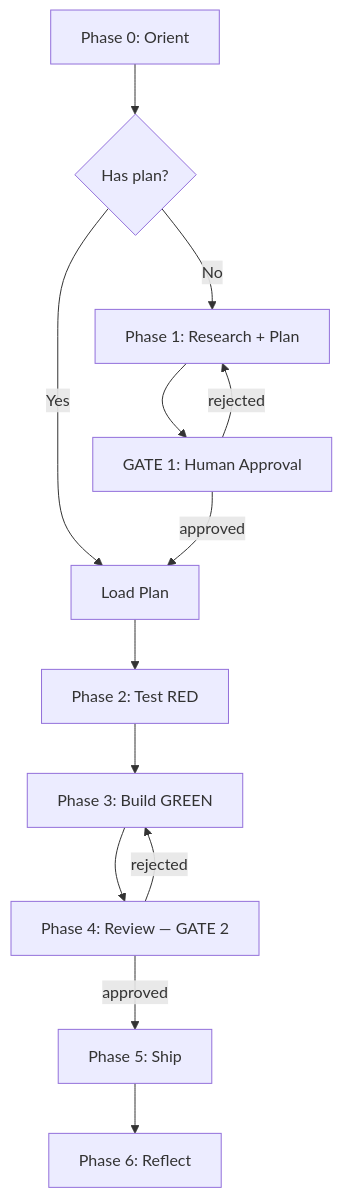
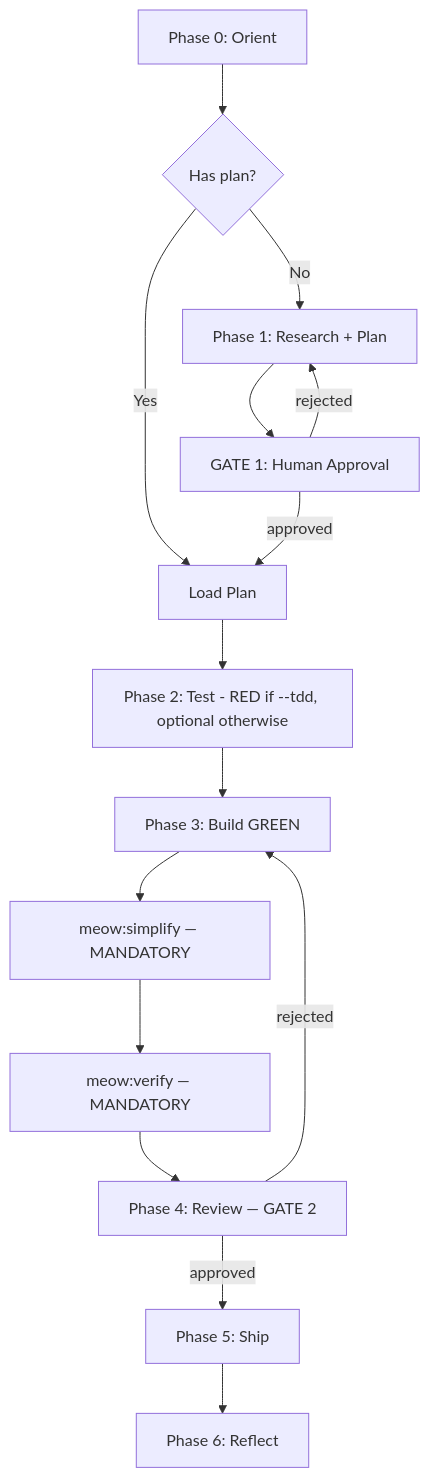
One commit to ngocsangyem/MeowKit changed the diagram in packages/create-meowkit/templates/claude/skills/meow:cook/SKILL.md. Above: the diagram before and after it, drawn with Mermaid. The commit also changed other lines of this file and 97 other files, not shown here.

Commit message:
feat: make TDD enforcement optional and configurable via flag or environment variable

````diff
--- a/packages/create-meowkit/templates/claude/skills/meow:cook/SKILL.md
+++ b/packages/create-meowkit/templates/claude/skills/meow:cook/SKILL.md
@@ -56,15 +70,17 @@
 ```mermaid
 flowchart TD
     A[Phase 0: Orient] --> B{Has plan?}
     B -->|Yes| D[Load Plan]
     B -->|No| C[Phase 1: Research + Plan]
     C --> G1[GATE 1: Human Approval]
     G1 -->|approved| D
     G1 -->|rejected| C
-    D --> E[Phase 2: Test RED]
+    D --> E[Phase 2: Test - RED if --tdd, optional otherwise]
     E --> F[Phase 3: Build GREEN]
-    F --> G2[Phase 4: Review — GATE 2]
+    F --> S[meow:simplify — MANDATORY]
+    S --> V[meow:verify — MANDATORY]
+    V --> G2[Phase 4: Review — GATE 2]
     G2 -->|approved| H[Phase 5: Ship]
     G2 -->|rejected| F
     H --> I[Phase 6: Reflect]
 ```
````
